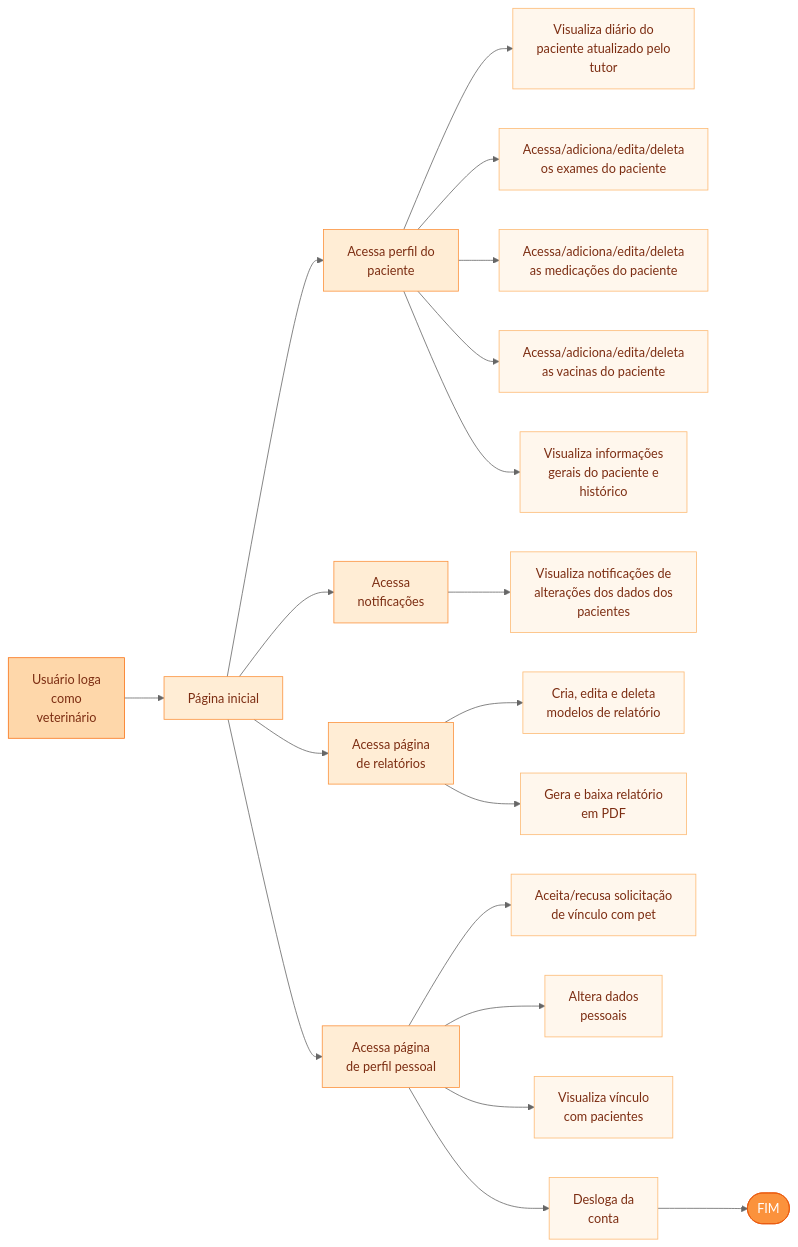
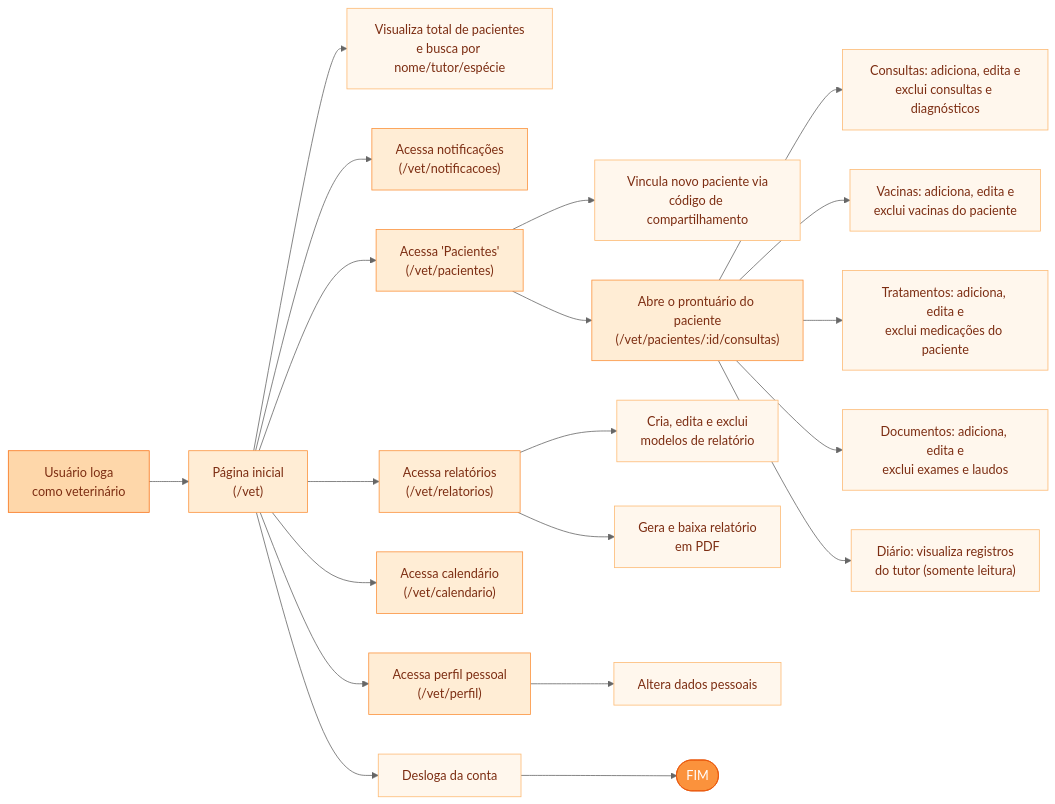
The third of 4 diagrams in docs-frontend-web-fluxo-wireframes.md (LaraPaulaSilva/petlife2copia), drawn with Mermaid (neutral theme) before and after one commit. The commit also changed other lines of this file, not shown here.

Commit message:
docs: refaz fluxograma com telas e ações 100% fiéis ao código do frontend (imagem só como referência visual)

````diff
--- a/docs-frontend-web-fluxo-wireframes.md
+++ b/docs-frontend-web-fluxo-wireframes.md
@@ -111,34 +112,41 @@
 ```mermaid
 flowchart LR
-    logaVet["Usuário loga<br/>como<br/>veterinário"] --> inicioV["Página inicial"]
+    logaVet["Usuário loga<br/>como veterinário"] --> inicioV["Página inicial<br/>(/vet)"]
 
-    inicioV --> pv1["Acessa perfil do<br/>paciente"]
-    pv1 --> av1["Visualiza diário do<br/>paciente atualizado pelo<br/>tutor"]
-    pv1 --> av2["Acessa/adiciona/edita/deleta<br/>os exames do paciente"]
-    pv1 --> av3["Acessa/adiciona/edita/deleta<br/>as medicações do paciente"]
-    pv1 --> av4["Acessa/adiciona/edita/deleta<br/>as vacinas do paciente"]
-    pv1 --> av5["Visualiza informações<br/>gerais do paciente e<br/>histórico"]
+    %% ===== Início: dashboard =====
+    inicioV --> dashV["Visualiza total de pacientes<br/>e busca por nome/tutor/espécie"]
+    inicioV --> notifV["Acessa notificações<br/>(/vet/notificacoes)"]
 
-    inicioV --> pv2["Acessa<br/>notificações"]
-    pv2 --> av6["Visualiza notificações de<br/>alterações dos dados dos<br/>pacientes"]
+    %% ===== Pacientes =====
+    inicioV --> pacientes["Acessa 'Pacientes'<br/>(/vet/pacientes)"]
+    pacientes --> novoPac["Vincula novo paciente via<br/>código de compartilhamento"]
+    pacientes --> abrirPront["Abre o prontuário do paciente<br/>(/vet/pacientes/:id/consultas)"]
 
-    inicioV --> pvRel["Acessa página<br/>de relatórios"]
-    pvRel --> avRel1["Cria, edita e deleta<br/>modelos de relatório"]
-    pvRel --> avRel2["Gera e baixa relatório<br/>em PDF"]
+    %% ===== Prontuário (abas) =====
+    abrirPront --> consV["Consultas: adiciona, edita e<br/>exclui consultas e diagnósticos"]
+    abrirPront --> vacV["Vacinas: adiciona, edita e<br/>exclui vacinas do paciente"]
+    abrirPront --> trV["Tratamentos: adiciona, edita e<br/>exclui medicações do paciente"]
+    abrirPront --> docV["Documentos: adiciona, edita e<br/>exclui exames e laudos"]
+    abrirPront --> diaV["Diário: visualiza registros<br/>do tutor (somente leitura)"]
 
-    inicioV --> pv3["Acessa página<br/>de perfil pessoal"]
-    pv3 --> av7["Aceita/recusa solicitação<br/>de vínculo com pet"]
-    pv3 --> altera["Altera dados<br/>pessoais"]
-    pv3 --> vinculo["Visualiza vínculo<br/>com pacientes"]
-    pv3 --> deslogaV["Desloga da<br/>conta"]
+    %% ===== Relatórios =====
+    inicioV --> relV["Acessa relatórios<br/>(/vet/relatorios)"]
+    relV --> relTpl["Cria, edita e exclui<br/>modelos de relatório"]
+    relV --> relPdf["Gera e baixa relatório<br/>em PDF"]
+
+    %% ===== Calendário / Perfil / logout =====
+    inicioV --> calV["Acessa calendário<br/>(/vet/calendario)"]
+    inicioV --> perfilV["Acessa perfil pessoal<br/>(/vet/perfil)"]
+    perfilV --> dadosV["Altera dados pessoais"]
+    inicioV --> deslogaV["Desloga da conta"]
     deslogaV --> fimV(["FIM"])
 
     classDef vet fill:#ffedd5,stroke:#fb923c,color:#7c2d12;
     classDef acaoV fill:#fff7ed,stroke:#fdba74,color:#7c2d12;
     classDef logV fill:#fed7aa,stroke:#f97316,color:#7c2d12;
     classDef inicioFimV fill:#fb923c,stroke:#ea580c,color:#ffffff;
-    class inicioV,pv1,pv2,pvRel,pv3 vet;
-    class av1,av2,av3,av4,av5,av6,avRel1,avRel2,av7,altera,vinculo,deslogaV acaoV;
+    class inicioV,pacientes,abrirPront,relV,calV,perfilV,notifV vet;
+    class dashV,novoPac,consV,vacV,trV,docV,diaV,relTpl,relPdf,dadosV,deslogaV acaoV;
     class logaVet logV;
     class fimV inicioFimV;
 ```
````
